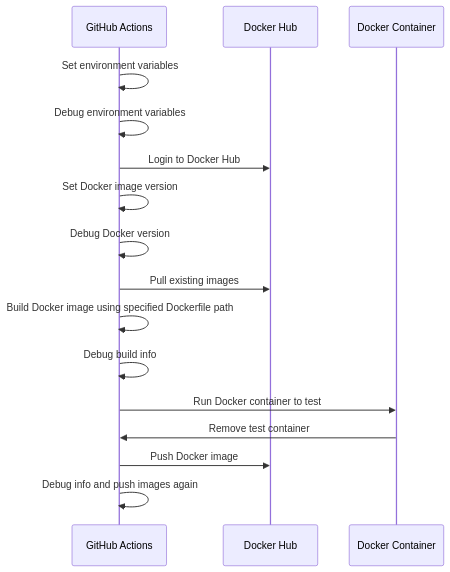
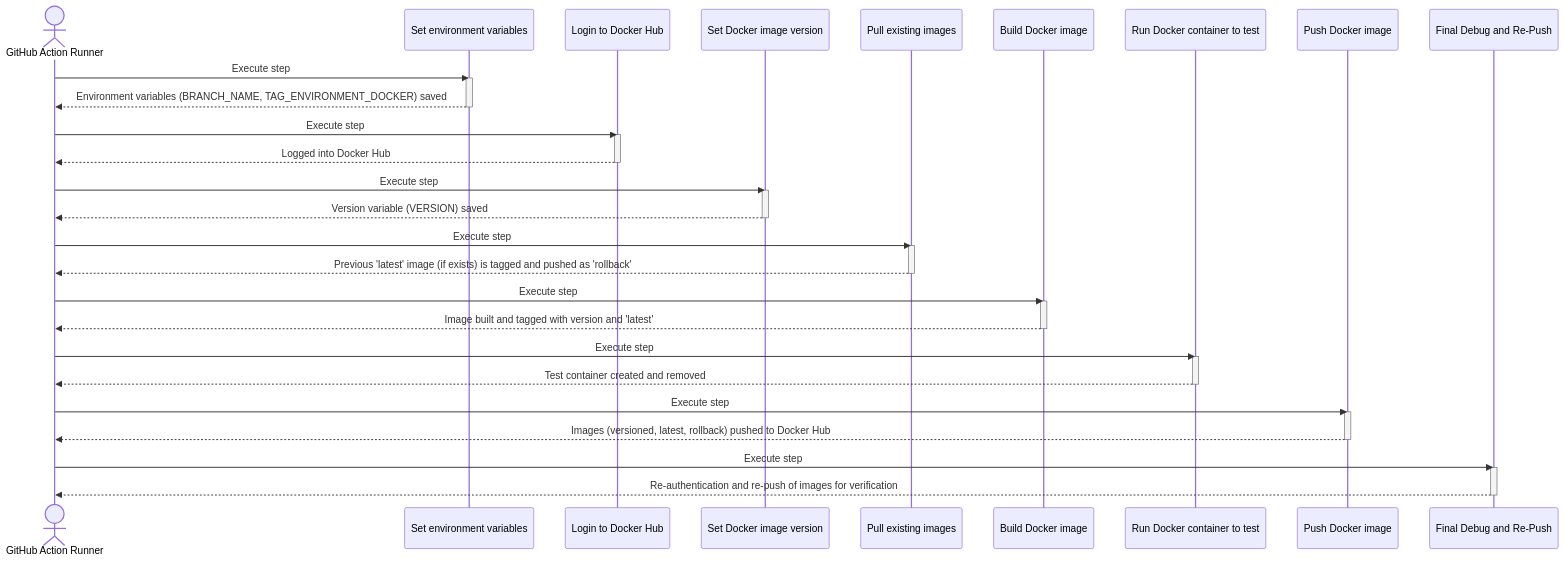
One commit to ronihdzz/push-to-dockerhub-action changed the diagram in README.md. Above: the diagram before and after it, drawn with Mermaid. The commit also changed other lines of this file and 1 other file, not shown here.

````diff
--- a/README.md
+++ b/README.md
@@ -37,19 +41,52 @@
 ```mermaid
 sequenceDiagram
-    participant GitHub Actions
-    participant Docker Hub
-    participant Docker Container
+    actor Runner as GitHub Action Runner
+    participant S1 as Set environment variables
+    participant S2 as Login to Docker Hub
+    participant S3 as Set Docker image version
+    participant S4 as Pull existing images
+    participant S5 as Build Docker image
+    participant S6 as Run Docker container to test
+    participant S7 as Push Docker image
+    participant S8 as Final Debug and Re-Push
 
-    GitHub Actions->>GitHub Actions: Set environment variables
-    GitHub Actions->>GitHub Actions: Debug environment variables
-    GitHub Actions->>Docker Hub: Login to Docker Hub
-    GitHub Actions->>GitHub Actions: Set Docker image version
-    GitHub Actions->>GitHub Actions: Debug Docker version
-    GitHub Actions->>Docker Hub: Pull existing images
-    GitHub Actions->>GitHub Actions: Build Docker image using specified Dockerfile path
-    GitHub Actions->>GitHub Actions: Debug build info
-    GitHub Actions->>Docker Container: Run Docker container to test
-    Docker Container->>GitHub Actions: Remove test container
-    GitHub Actions->>Docker Hub: Push Docker image
-    GitHub Actions->>GitHub Actions: Debug info and push images again
+    Runner->>S1: Execute step
+    activate S1
+    S1-->>Runner: Environment variables (BRANCH_NAME, TAG_ENVIRONMENT_DOCKER) saved
+    deactivate S1
+
+    Runner->>S2: Execute step
+    activate S2
+    S2-->>Runner: Logged into Docker Hub
+    deactivate S2
+
+    Runner->>S3: Execute step
+    activate S3
+    S3-->>Runner: Version variable (VERSION) saved
+    deactivate S3
+
+    Runner->>S4: Execute step
+    activate S4
+    S4-->>Runner: Previous 'latest' image (if exists) is tagged and pushed as 'rollback'
+    deactivate S4
+
+    Runner->>S5: Execute step
+    activate S5
+    S5-->>Runner: Image built and tagged with version and 'latest'
+    deactivate S5
+
+    Runner->>S6: Execute step
+    activate S6
+    S6-->>Runner: Test container created and removed
+    deactivate S6
+
+    Runner->>S7: Execute step
+    activate S7
+    S7-->>Runner: Images (versioned, latest, rollback) pushed to Docker Hub
+    deactivate S7
+
+    Runner->>S8: Execute step
+    activate S8
+    S8-->>Runner: Re-authentication and re-push of images for verification
+    deactivate S8
 ```
````
